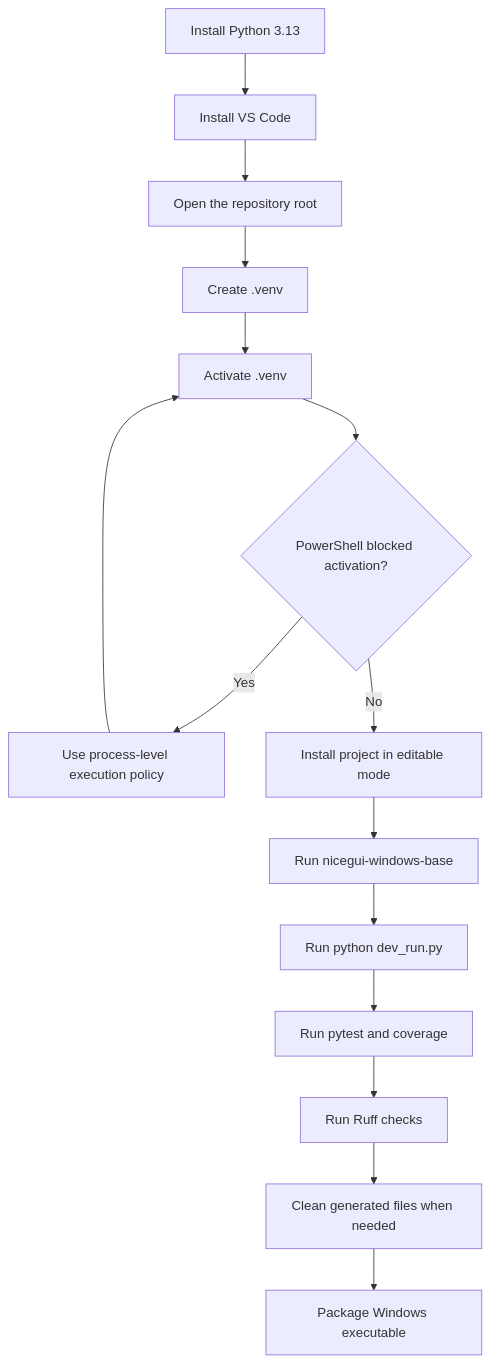
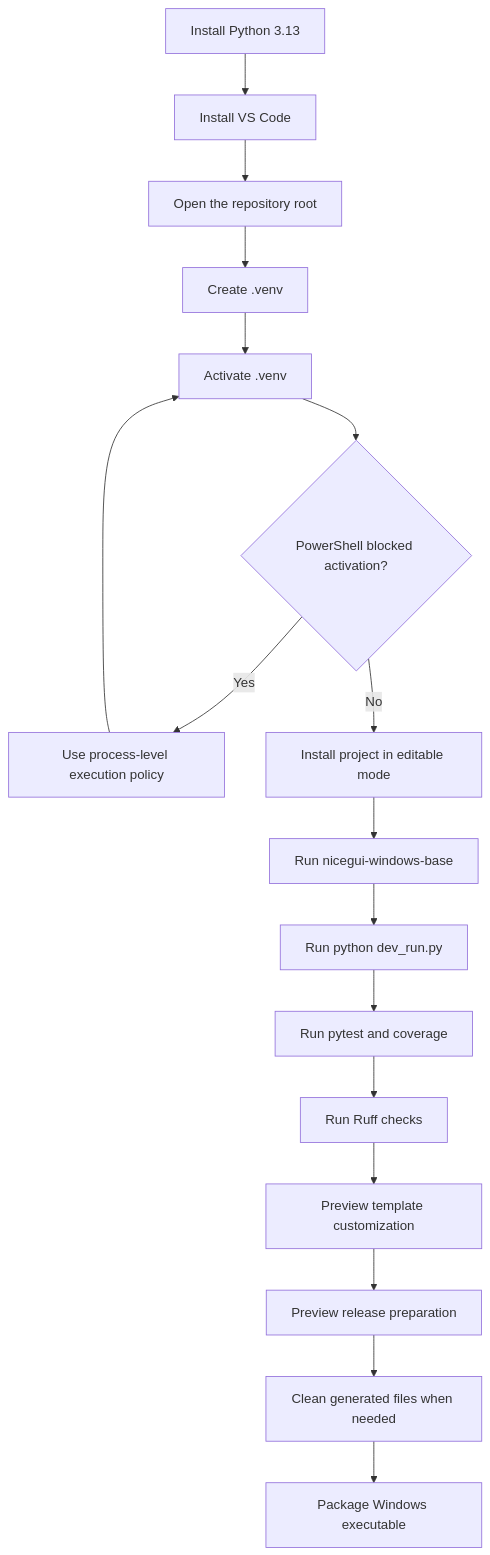
One commit to Fonze81/NiceGui-Windows-Base changed the diagram in docs/development_environment.md. Above: the diagram before and after it, drawn with Mermaid. The commit also changed other lines of this file and 24 other files, not shown here.

First line of the commit message:
feat(template): add customization and release automation tools

````diff
--- a/docs/development_environment.md
+++ b/docs/development_environment.md
@@ -23,17 +23,19 @@
 ```mermaid
 flowchart TD
     A[Install Python 3.13] --> B[Install VS Code]
     B --> C[Open the repository root]
     C --> D[Create .venv]
     D --> E[Activate .venv]
     E --> F{PowerShell blocked activation?}
     F -- Yes --> G[Use process-level execution policy]
     G --> E
     F -- No --> H[Install project in editable mode]
     H --> I[Run nicegui-windows-base]
     I --> J[Run python dev_run.py]
     J --> K[Run pytest and coverage]
     K --> L[Run Ruff checks]
-    L --> M[Clean generated files when needed]
-    M --> N[Package Windows executable]
+    L --> M[Preview template customization]
+    M --> N[Preview release preparation]
+    N --> O[Clean generated files when needed]
+    O --> P[Package Windows executable]
 ```
````
